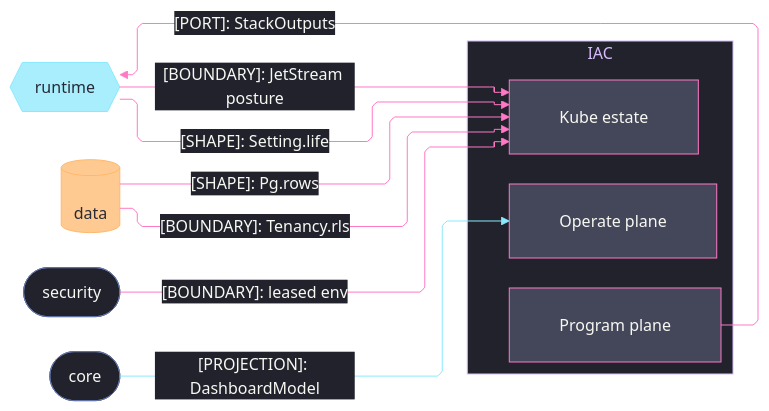
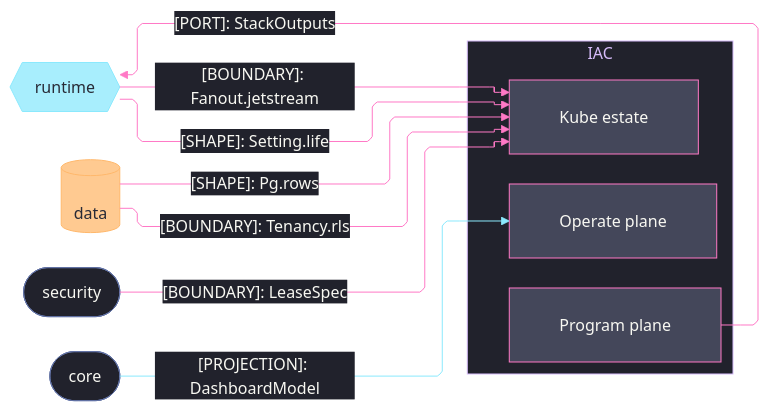
One commit to bsamiee/Rasm changed the second of 2 diagrams in libs/typescript/iac/ARCHITECTURE.md. Above: the diagram before and after it, drawn with Mermaid. The commit also changed other lines of this file and 24 other files, not shown here.

Commit message:
architecture: seam registries + codemaps aligned across the estate (worker fabric edges, scene rows, csharp/ts seam mirrors)

````diff
--- a/libs/typescript/iac/ARCHITECTURE.md
+++ b/libs/typescript/iac/ARCHITECTURE.md
@@ -29,59 +103,59 @@
 ```mermaid
 ---
 config:
   theme: base
   look: classic
   layout: elk
   flowchart:
     curve: linear
     padding: 25
   themeVariables:
     darkMode: true
     fontFamily: "SF Mono, Menlo, Cascadia Mono, Segoe UI Mono, Consolas, monospace"
     useGradient: false
     dropShadow: "none"
     background: "#282A36"
     primaryColor: "#44475A"
     primaryTextColor: "#F8F8F2"
     primaryBorderColor: "#BD93F9"
     lineColor: "#FF79C6"
     textColor: "#F8F8F2"
     clusterBkg: "#21222C"
     clusterBorder: "#D6BCFA"
     edgeLabelBackground: "#21222C"
     labelBackgroundColor: "#21222C"
     titleColor: "#D6BCFA"
   themeCSS: ".nodeLabel{font-size:13px;font-weight:500}.edgeLabel{font-size:12px;font-weight:500}.cluster-label .nodeLabel{font-size:13.5px;font-weight:700;letter-spacing:.08em}.edge-thickness-normal{stroke-width:2px}.edge-thickness-thick{stroke-width:3px}.edge-pattern-dashed,.edge-pattern-dotted{stroke-width:1.5px;stroke-dasharray:4 6}.node rect,.node circle,.node polygon,.node path,.node .outer-path{stroke-width:1.5px;filter:none!important}.cluster rect{stroke-width:1px!important;stroke-dasharray:5 4!important;filter:none!important}.marker path{transform:scale(.8);transform-origin:5px 5px}.marker circle{transform:scale(.48);transform-origin:5px 5px}.edgeLabel rect{transform-box:fill-box;transform-origin:center;transform:scale(1.1,1.2)}"
 ---
 flowchart LR
     accTitle: IaC package seam registry
     accDescr: IaC plane owners exchanging stack outputs, data-plane shapes, lifecycle posture, leased secrets, and observability projections with the runtime, data, security, and core packages, edge rails colored by kind and nodes classed by seam direction.
     subgraph iac[IAC]
         Program[Program plane]
         Operate[Operate plane]
         Kube[Kube estate]
     end
     Runtime{{runtime}}
     Data[(data)]
     Security([security])
     Core([core])
     Program e1@-->|"[PORT]: StackOutputs"| Runtime
     Data e2@-->|"[SHAPE]: Pg.rows"| Kube
     Data e3@-->|"[BOUNDARY]: Tenancy.rls"| Kube
-    Runtime e4@-->|"[BOUNDARY]: JetStream posture"| Kube
+    Runtime e4@-->|"[BOUNDARY]: Fanout.jetstream"| Kube
     Runtime e5@-->|"[SHAPE]: Setting.life"| Kube
-    Security e6@-->|"[BOUNDARY]: leased env"| Kube
+    Security e6@-->|"[BOUNDARY]: LeaseSpec"| Kube
     Core e7@-->|"[PROJECTION]: DashboardModel"| Operate
     classDef primary fill:#44475A,stroke:#FF79C6,color:#F8F8F2
     classDef external fill:#8BE9FDBF,stroke:#8BE9FD,color:#282A36
     classDef data fill:#FFB86CBF,stroke:#FFB86C,color:#282A36
-    classDef annotation fill:#21222C,stroke:#6272A4,color:#F8F8F2
+    classDef recessed fill:#21222C,stroke:#6272A4,color:#F8F8F2
     classDef edgeExternal stroke:#8BE9FD,color:#F8F8F2
     classDef edgeControl stroke:#FF79C6,color:#F8F8F2
     class Program,Operate,Kube primary
     class Runtime external
     class Data data
-    class Security,Core annotation
+    class Security,Core recessed
     class e1,e2,e3,e4,e5,e6 edgeControl
     class e7 edgeExternal
 ```
````
